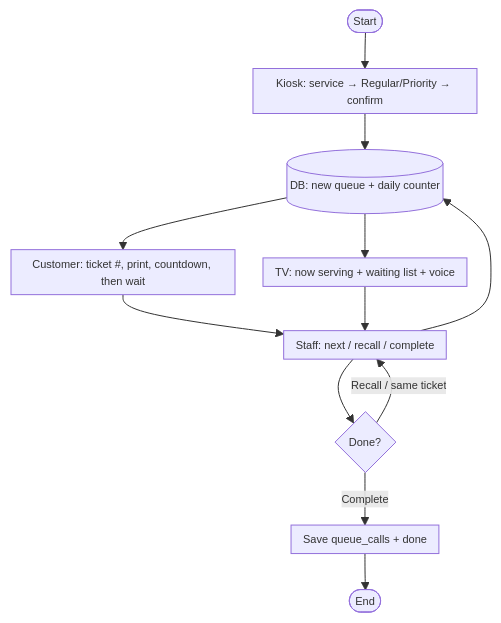
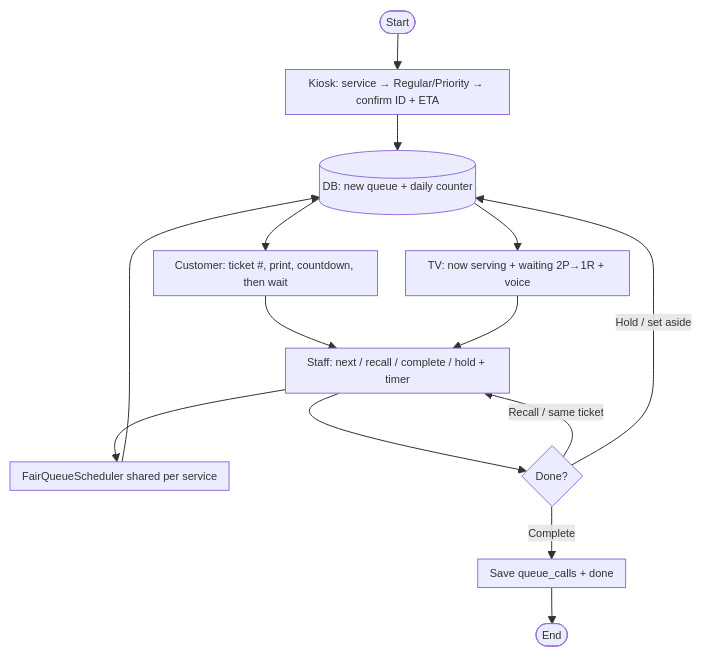
Before and after one commit to rhems95/queuing-system: the diagram in docs/master-flowchart.mmd, drawn with Mermaid. The commit also changed 9 other files, not shown here.

First line of the commit message:
Document Student ID, Hold, and admin students in the diagrams.

```diff
--- a/docs/master-flowchart.mmd
+++ b/docs/master-flowchart.mmd
@@ -1,14 +1,16 @@
 %% Print-friendly: paste into mermaid.live → Actions → SVG/PNG. In browser print: Landscape + Scale ~90%% fits Letter/A4 bond paper. %%
 %%{init: {'flowchart': {'nodeSpacing': 28, 'rankSpacing': 36, 'padding': 6, 'useMaxWidth': true}, 'themeVariables': { 'fontSize': '11px'}}}%%
 flowchart TD
-    St([Start]) --> K["Kiosk: service → Regular/Priority → confirm"]
+    St([Start]) --> K["Kiosk: service → Regular/Priority → confirm ID + ETA"]
     K --> DB[("DB: new queue + daily counter")]
     DB --> PA["Customer: ticket #, print, countdown, then wait"]
-    DB --> PB["TV: now serving + waiting list + voice"]
-    PA --> SW["Staff: next / recall / complete"]
+    DB --> PB["TV: now serving + waiting 2P→1R + voice"]
+    PA --> SW["Staff: next / recall / complete / hold + timer"]
     PB --> SW
-    SW --> DB
+    SW --> Fair["FairQueueScheduler shared per service"]
+    Fair --> DB
     SW --> Q{Done?}
     Q -->|Recall / same ticket| SW
+    Q -->|Hold / set aside| DB
     Q -->|Complete| H["Save queue_calls + done"]
     H --> En([End])
```
